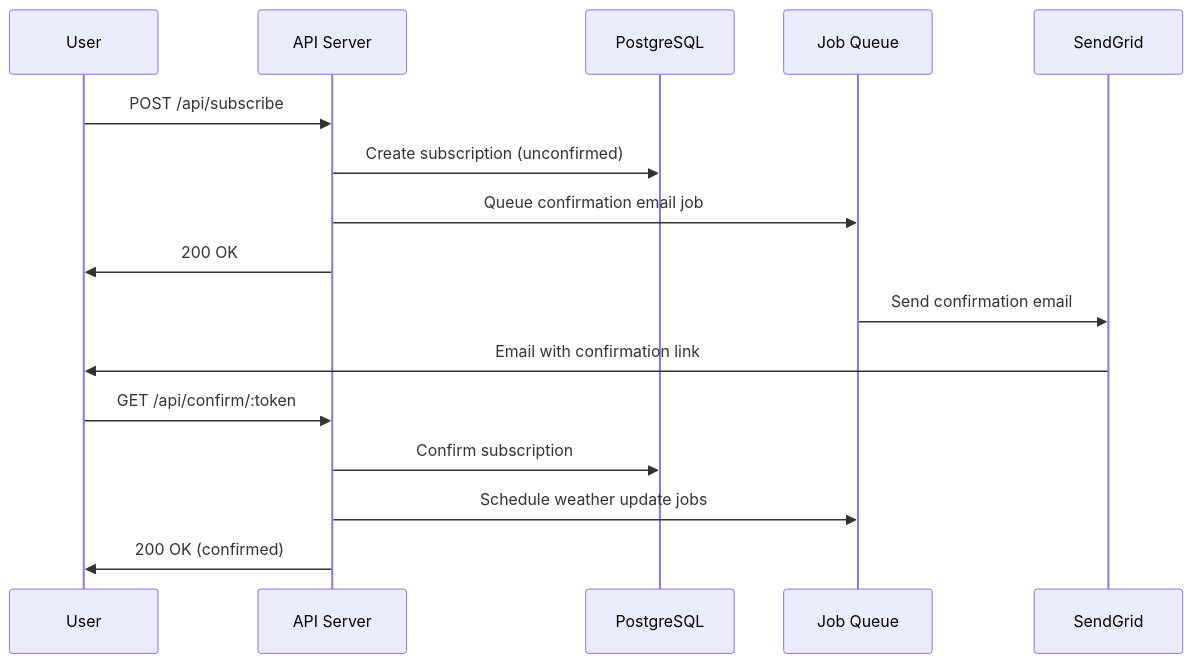
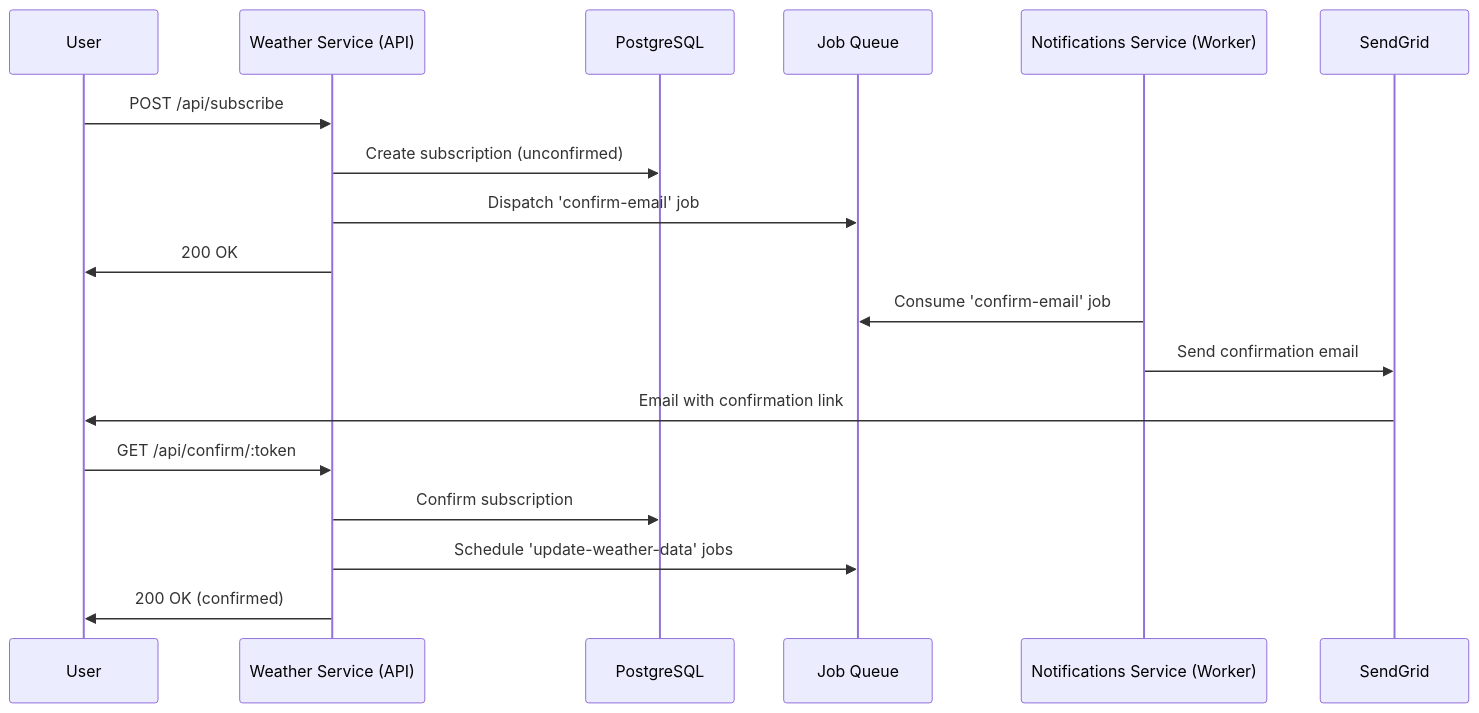
One commit to GenesisEducationKyiv/software-engineering-school-5-0-V-Mokhun changed the second of 3 diagrams in backend/docs/system-design.md. Above: the diagram before and after it, drawn with Mermaid. The commit also changed other lines of this file and 6 other files, not shown here.

````diff
--- a/backend/docs/system-design.md
+++ b/backend/docs/system-design.md
@@ -204,21 +215,23 @@
 ```mermaid
 sequenceDiagram
     participant U as User
-    participant API as API Server
+    participant WS as Weather Service (API)
     participant DB as PostgreSQL
     participant Q as Job Queue
+    participant NS as Notifications Service (Worker)
     participant E as SendGrid
 
-    U->>API: POST /api/subscribe
-    API->>DB: Create subscription (unconfirmed)
-    API->>Q: Queue confirmation email job
-    API->>U: 200 OK
+    U->>WS: POST /api/subscribe
+    WS->>DB: Create subscription (unconfirmed)
+    WS->>Q: Dispatch 'confirm-email' job
+    WS->>U: 200 OK
 
-    Q->>E: Send confirmation email
+    NS->>Q: Consume 'confirm-email' job
+    NS->>E: Send confirmation email
     E->>U: Email with confirmation link
 
-    U->>API: GET /api/confirm/:token
-    API->>DB: Confirm subscription
-    API->>Q: Schedule weather update jobs
-    API->>U: 200 OK (confirmed)
+    U->>WS: GET /api/confirm/:token
+    WS->>DB: Confirm subscription
+    WS->>Q: Schedule 'update-weather-data' jobs
+    WS->>U: 200 OK (confirmed)
 ```
````
